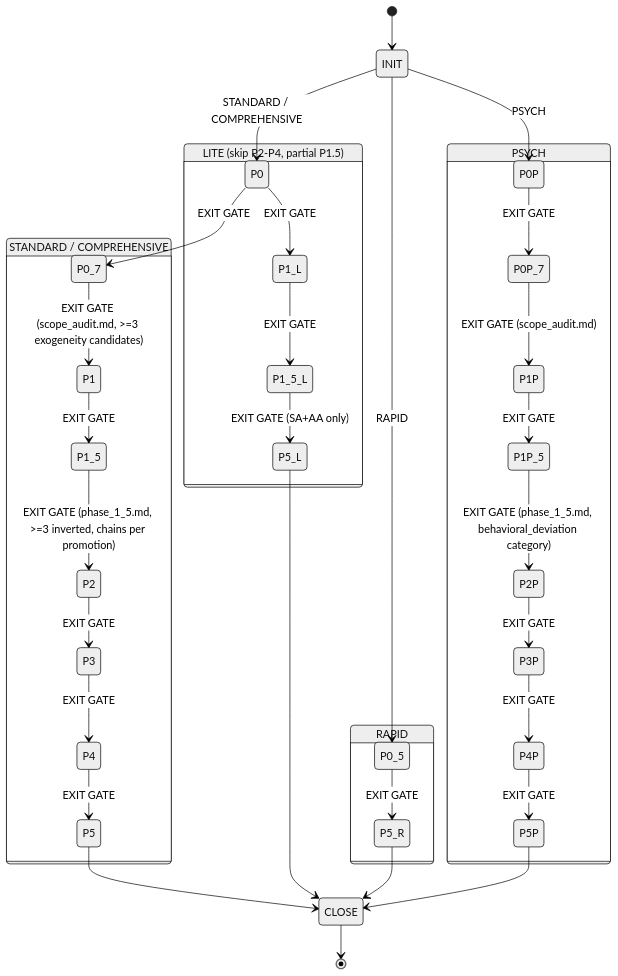
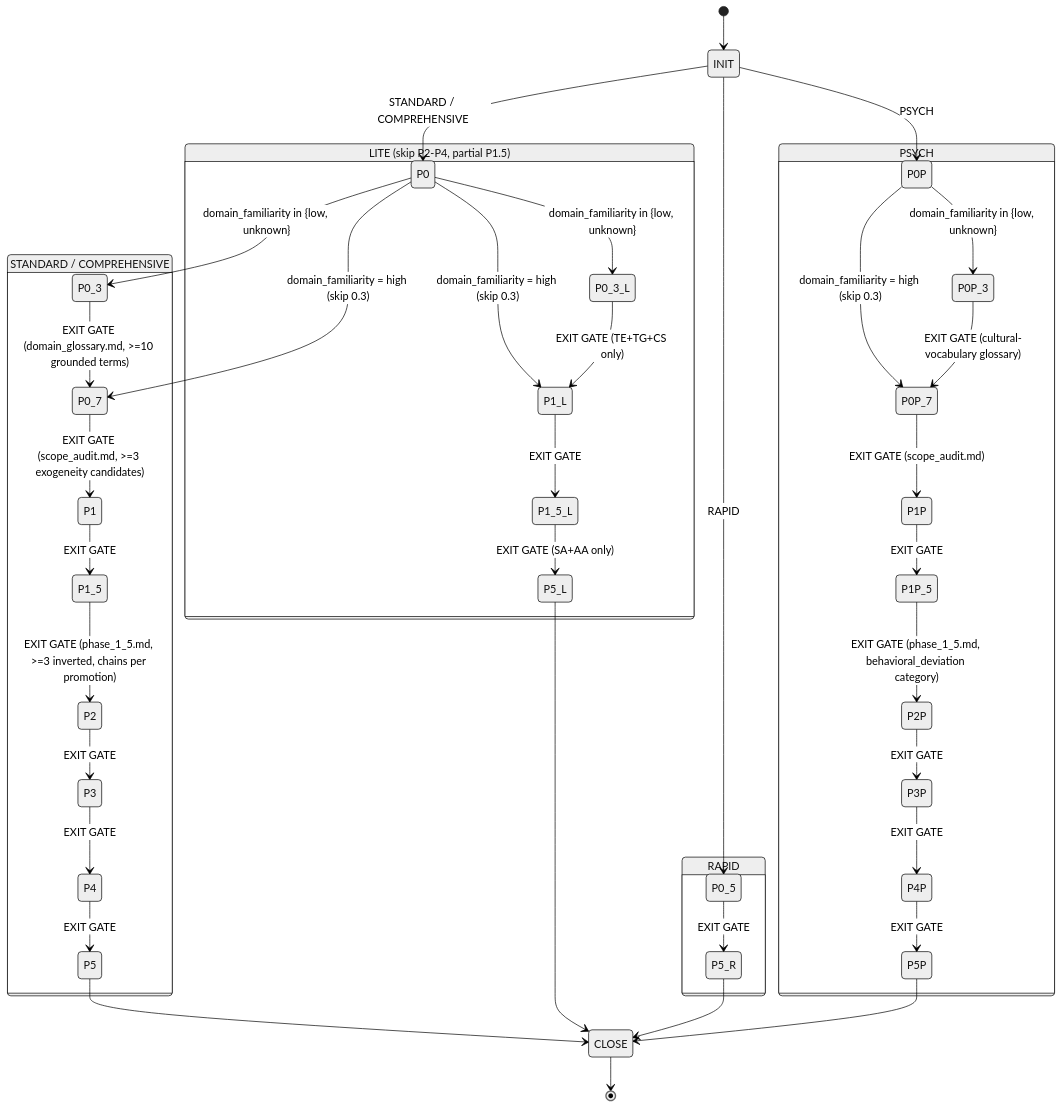
Before and after one commit to NikolasMarkou/epistemic-deconstructor: the diagram in src/SKILL.md, drawn with Mermaid (neutral theme). The commit also changed other lines of this file, not shown here.

````diff
--- a/src/SKILL.md
+++ b/src/SKILL.md
@@ -61,43 +61,49 @@
 ```mermaid
 stateDiagram-v2
     [*] --> INIT
     INIT --> P0 : STANDARD / COMPREHENSIVE
     INIT --> P0_5 : RAPID
     INIT --> P0P : PSYCH
 
     state "STANDARD / COMPREHENSIVE" as std {
-        P0 --> P0_7 : EXIT GATE
+        P0 --> P0_3 : domain_familiarity in {low, unknown}
+        P0 --> P0_7 : domain_familiarity = high (skip 0.3)
+        P0_3 --> P0_7 : EXIT GATE (domain_glossary.md, >=10 grounded terms)
         P0_7 --> P1 : EXIT GATE (scope_audit.md, >=3 exogeneity candidates)
         P1 --> P1_5 : EXIT GATE
         P1_5 --> P2 : EXIT GATE (phase_1_5.md, >=3 inverted, chains per promotion)
         P2 --> P3 : EXIT GATE
         P3 --> P4 : EXIT GATE
         P4 --> P5 : EXIT GATE
     }
 
     state "LITE (skip P2-P4, partial P1.5)" as lite {
-        P0 --> P1_L : EXIT GATE
+        P0 --> P0_3_L : domain_familiarity in {low, unknown}
+        P0 --> P1_L : domain_familiarity = high (skip 0.3)
+        P0_3_L --> P1_L : EXIT GATE (TE+TG+CS only)
         P1_L --> P1_5_L : EXIT GATE
         P1_5_L --> P5_L : EXIT GATE (SA+AA only)
     }
 
     state "RAPID" as rapid {
         P0_5 --> P5_R : EXIT GATE
     }
 
     state "PSYCH" as psych {
-        P0P --> P0P_7 : EXIT GATE
+        P0P --> P0P_3 : domain_familiarity in {low, unknown}
+        P0P --> P0P_7 : domain_familiarity = high (skip 0.3)
+        P0P_3 --> P0P_7 : EXIT GATE (cultural-vocabulary glossary)
         P0P_7 --> P1P : EXIT GATE (scope_audit.md)
         P1P --> P1P_5 : EXIT GATE
         P1P_5 --> P2P : EXIT GATE (phase_1_5.md, behavioral_deviation category)
         P2P --> P3P : EXIT GATE
         P3P --> P4P : EXIT GATE
         P4P --> P5P : EXIT GATE
     }
 
     P5 --> CLOSE
     P5_L --> CLOSE
     P5_R --> CLOSE
     P5P --> CLOSE
     CLOSE --> [*]
 ```
````
